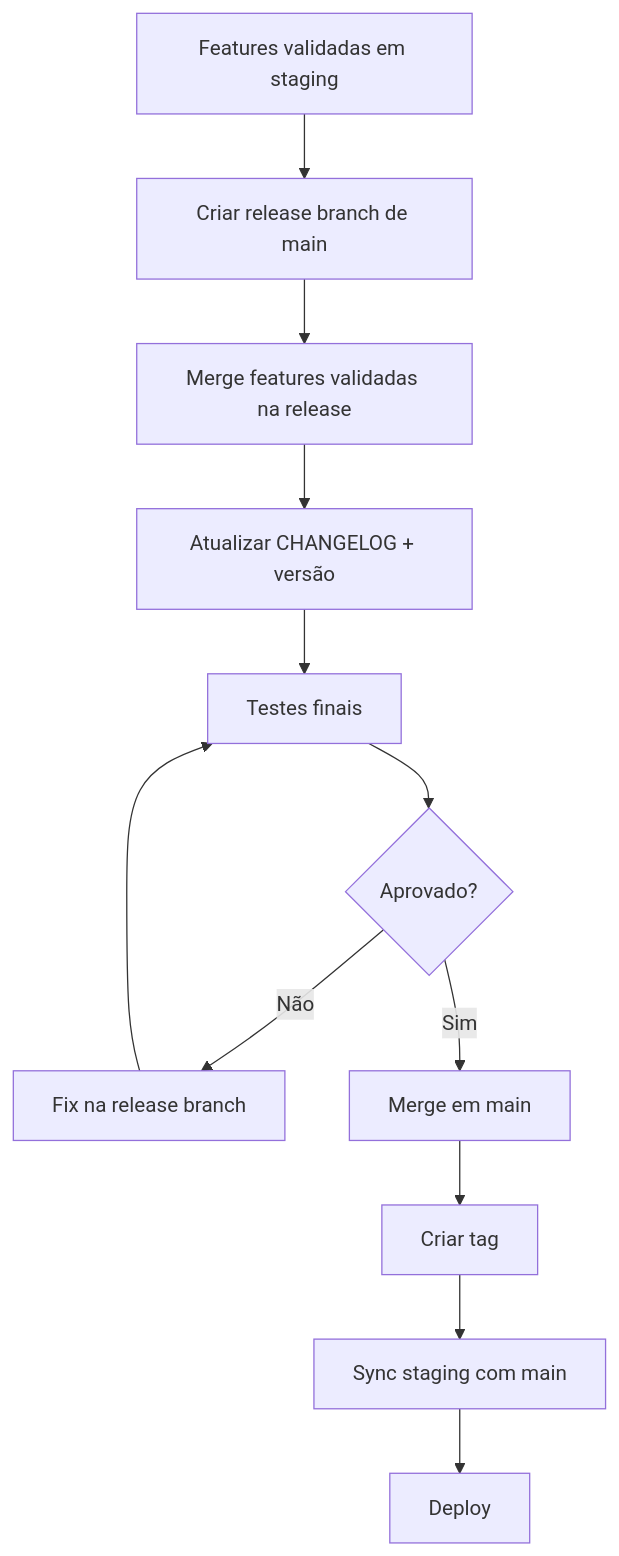
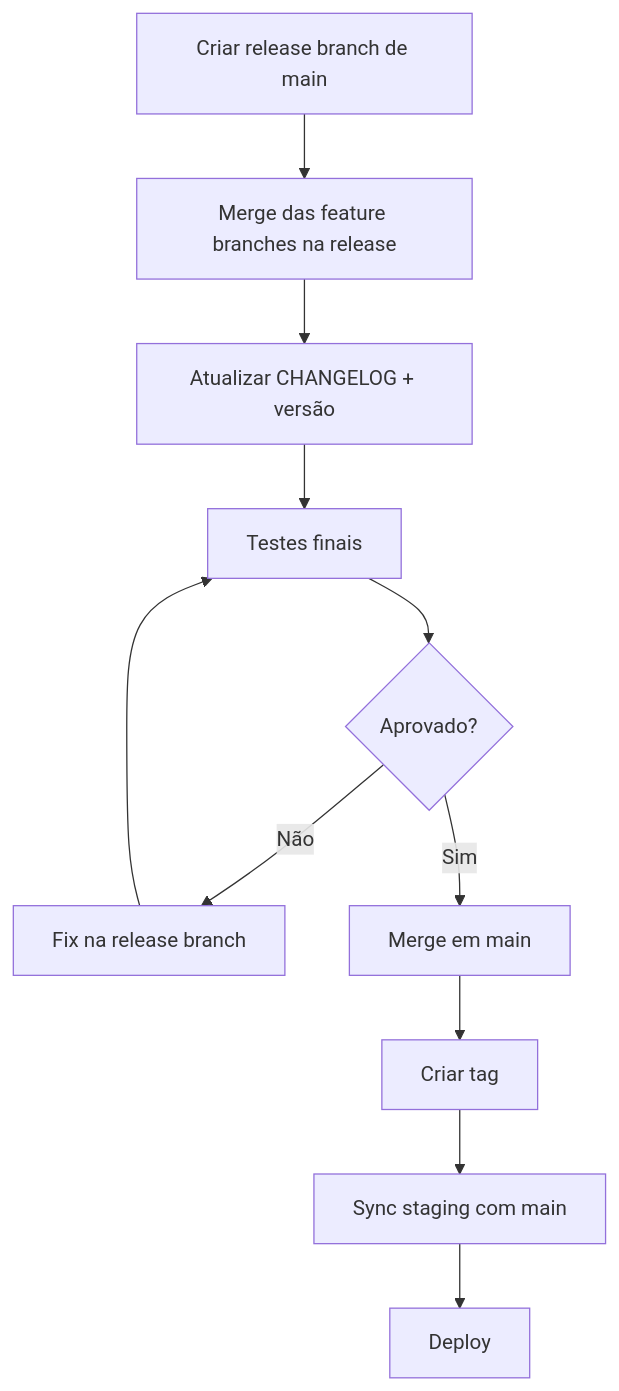
Before and after one commit to labcity-ufpa/Workshop-Git-Docker: the diagram in docs/git/git-flow-release.md, drawn with Mermaid. The commit also changed other lines of this file and 2 other files, not shown here.

Commit message:
fix: update Git Flow documentation for clarity on release process and branch merging

````diff
--- a/docs/git/git-flow-release.md
+++ b/docs/git/git-flow-release.md
@@ -9,14 +9,13 @@
 ```mermaid
 flowchart TD
-    A[Features validadas em staging] --> B[Criar release branch de main]
-    B --> C[Merge features validadas na release]
-    C --> D[Atualizar CHANGELOG + versão]
-    D --> E[Testes finais]
-    E --> F{Aprovado?}
-    F -->|Não| G[Fix na release branch]
-    G --> E
-    F -->|Sim| H[Merge em main]
-    H --> I[Criar tag]
-    I --> J[Sync staging com main]
-    J --> K[Deploy]
+    A[Criar release branch de main] --> B[Merge das feature branches na release]
+    B --> C[Atualizar CHANGELOG + versão]
+    C --> D[Testes finais]
+    D --> E{Aprovado?}
+    E -->|Não| F[Fix na release branch]
+    F --> D
+    E -->|Sim| G[Merge em main]
+    G --> H[Criar tag]
+    H --> I[Sync staging com main]
+    I --> J[Deploy]
 ```
````
